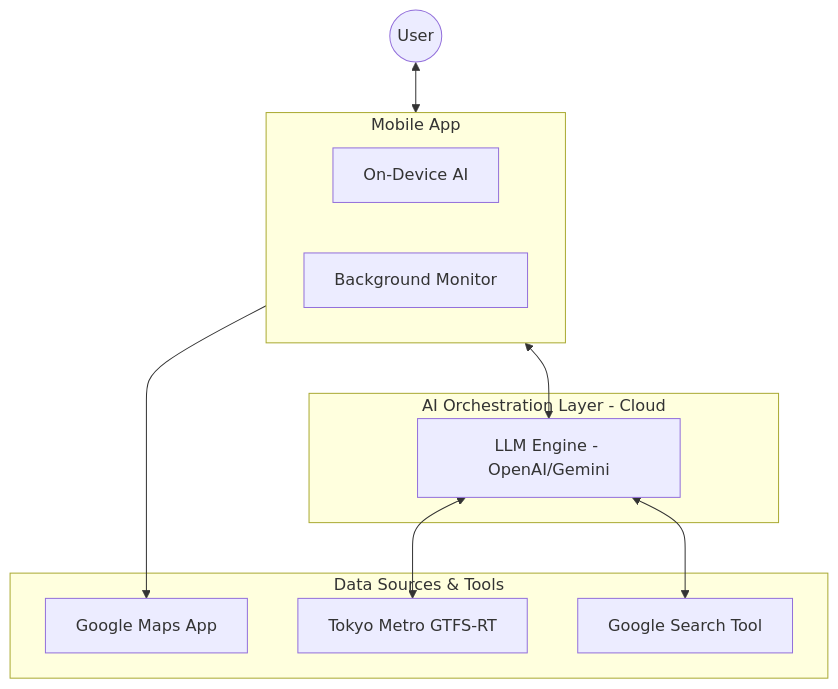
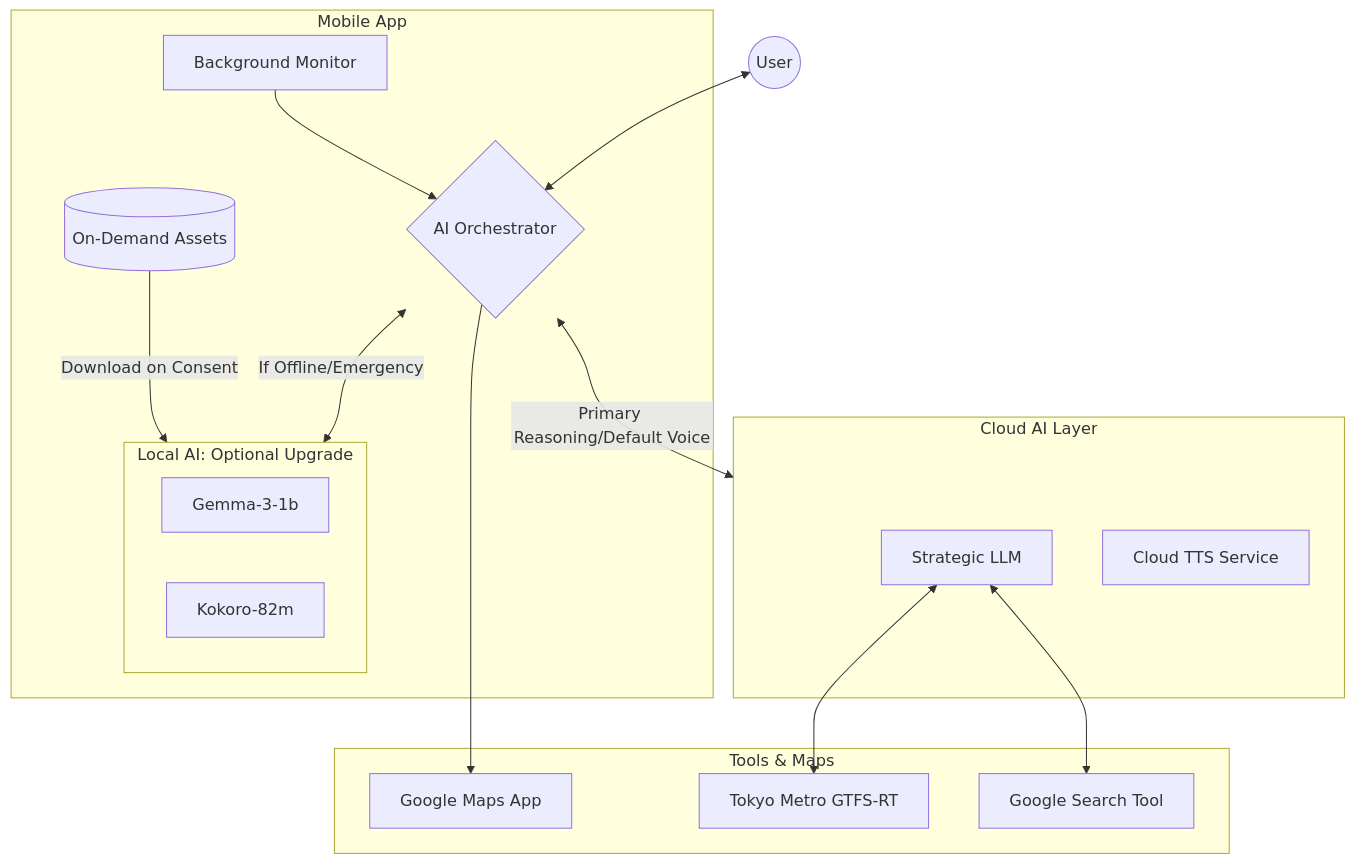
One commit to keiseiisobe/pocket-secure-base changed the diagram in docs/ARCHITECTURE.md. Above: the diagram before and after it, drawn with Mermaid. The commit also changed other lines of this file and 6 other files, not shown here.

````diff
--- a/docs/ARCHITECTURE.md
+++ b/docs/ARCHITECTURE.md
@@ -9,29 +9,38 @@
 ```mermaid
 graph TD
     %% User Layer
-    User((User)) <--> MobileApp_Block
+    User((User)) <--> Orchestrator
 
     %% Mobile App Components
     subgraph MobileApp_Block [Mobile App]
-        LocalAI[On-Device AI]
-        BackgroundMonitor[Background Monitor]
+        Orchestrator{AI Orchestrator}
+        subgraph Local_Guardian [Local AI: Optional Upgrade]
+            LocalLLM[Gemma-3-1b]
+            LocalTTS[Kokoro-82m]
+        end
+        AssetStore[(On-Demand Assets)]
+        Monitor[Background Monitor]
     end
 
     %% Cloud / Backend Layer
-    subgraph Cloud_Orchestrator [AI Orchestration Layer - Cloud]
-        LLM[LLM Engine - OpenAI/Gemini]
+    subgraph Cloud_Orchestrator [Cloud AI Layer]
+        CloudLLM[Strategic LLM]
+        CloudTTS[Cloud TTS Service]
     end
 
-    %% External Data Sources (Tools)
-    subgraph External_APIs [Data Sources & Tools]
+    %% External Data Sources
+    subgraph External_APIs [Tools & Maps]
         GMap[Google Maps App]
         ODPT[Tokyo Metro GTFS-RT]
         GSearch[Google Search Tool]
     end
 
     %% Connections
-    MobileApp_Block <--> LLM
-    LLM <--> ODPT
-    LLM <--> GSearch
-    MobileApp_Block --> GMap
+    Orchestrator <-- "If Offline/Emergency" --> Local_Guardian
+    Orchestrator <-- "Primary Reasoning/Default Voice" --> Cloud_Orchestrator
+    AssetStore -- "Download on Consent" --> Local_Guardian
+    CloudLLM <--> ODPT
+    CloudLLM <--> GSearch
+    Orchestrator --> GMap
+    Monitor --> Orchestrator
 ```
````
